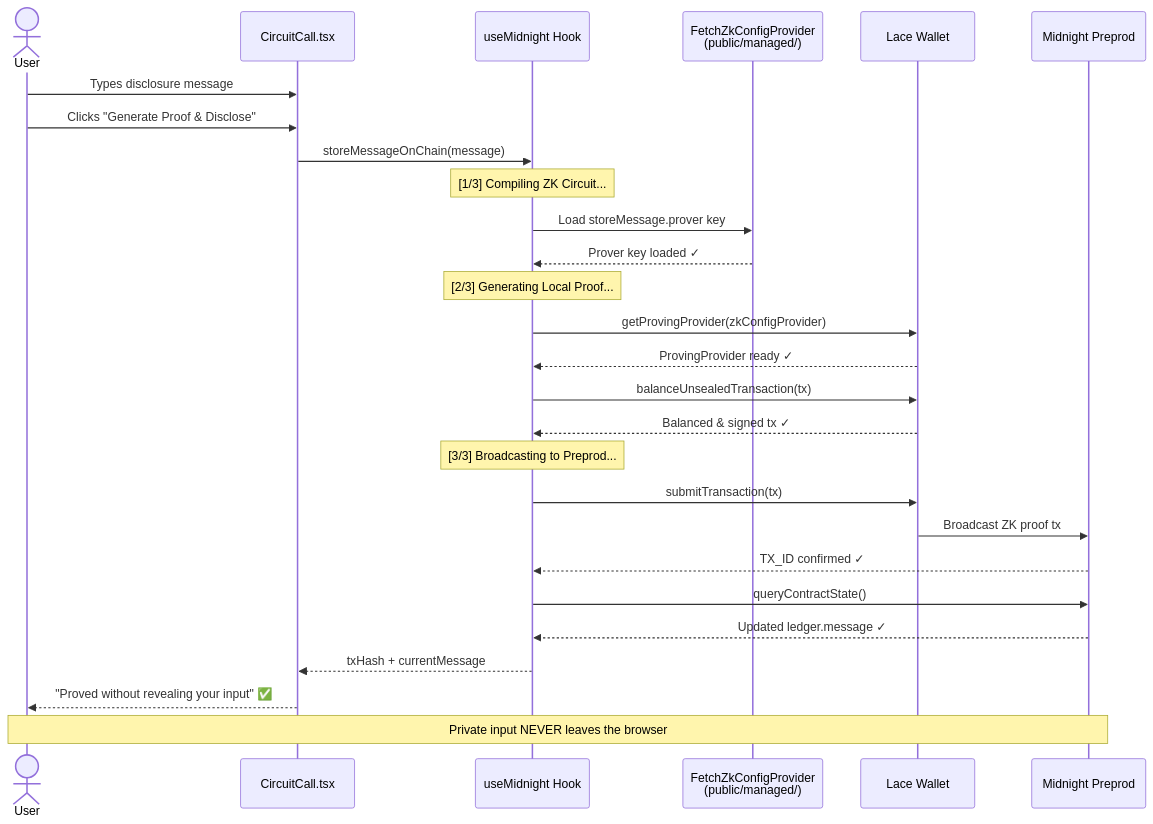
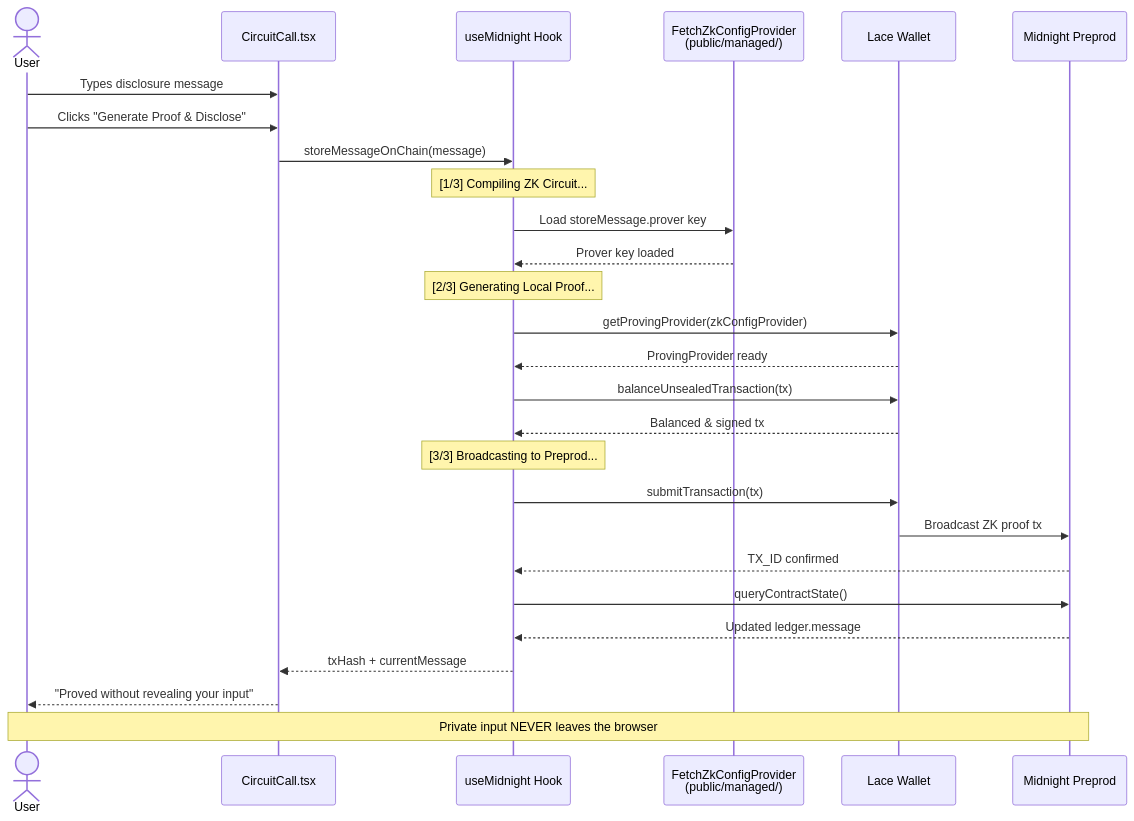
Before and after one commit to akxh5/midnight-shot: the second of 2 diagrams in README.md, drawn with Mermaid. The commit also changed other lines of this file, not shown here.

Commit message:
docs: make diagrams transparent and remove all emojis

````diff
--- a/README.md
+++ b/README.md
@@ -60,35 +60,35 @@
 ```mermaid
 sequenceDiagram
     actor User
     participant UI as CircuitCall.tsx
     participant Hook as useMidnight Hook
     participant ZKP as FetchZkConfigProvider<br/>(public/managed/)
     participant Lace as Lace Wallet
     participant Net as Midnight Preprod
 
     User->>UI: Types disclosure message
     User->>UI: Clicks "Generate Proof & Disclose"
 
     UI->>Hook: storeMessageOnChain(message)
     Note over Hook: [1/3] Compiling ZK Circuit...
     Hook->>ZKP: Load storeMessage.prover key
-    ZKP-->>Hook: Prover key loaded ✓
+    ZKP-->>Hook: Prover key loaded
 
     Note over Hook: [2/3] Generating Local Proof...
     Hook->>Lace: getProvingProvider(zkConfigProvider)
-    Lace-->>Hook: ProvingProvider ready ✓
+    Lace-->>Hook: ProvingProvider ready
     Hook->>Lace: balanceUnsealedTransaction(tx)
-    Lace-->>Hook: Balanced & signed tx ✓
+    Lace-->>Hook: Balanced & signed tx
 
     Note over Hook: [3/3] Broadcasting to Preprod...
     Hook->>Lace: submitTransaction(tx)
     Lace->>Net: Broadcast ZK proof tx
-    Net-->>Hook: TX_ID confirmed ✓
+    Net-->>Hook: TX_ID confirmed
 
     Hook->>Net: queryContractState()
-    Net-->>Hook: Updated ledger.message ✓
+    Net-->>Hook: Updated ledger.message
     Hook-->>UI: txHash + currentMessage
-    UI-->>User: "Proved without revealing your input" ✅
+    UI-->>User: "Proved without revealing your input"
 
     Note over User,Net: Private input NEVER leaves the browser
 ```
````
